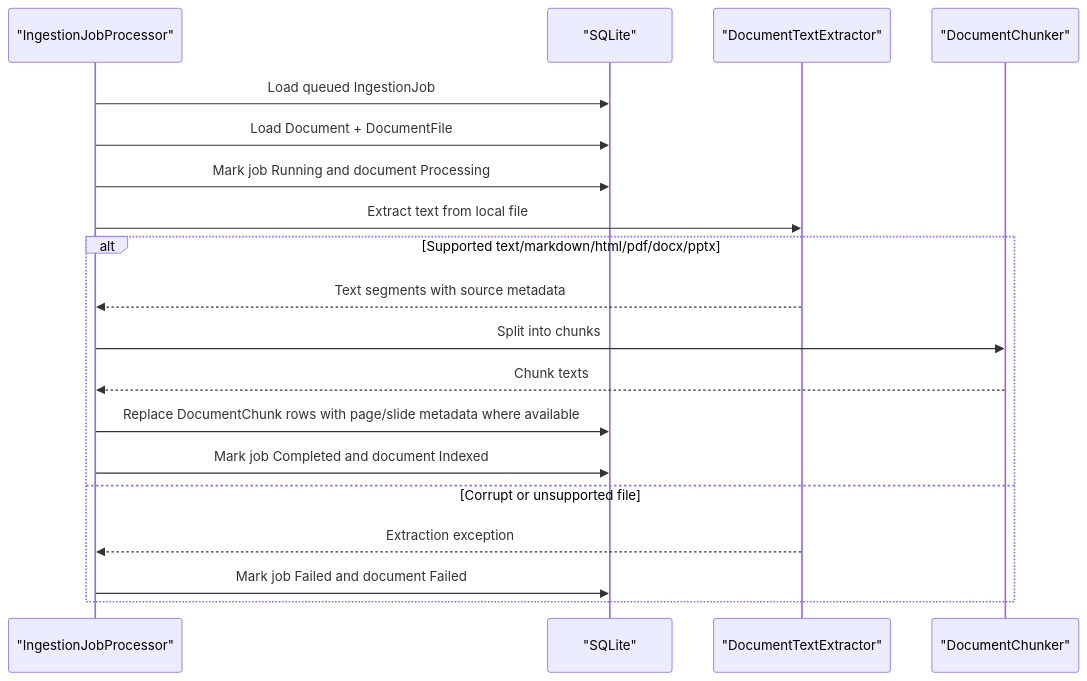
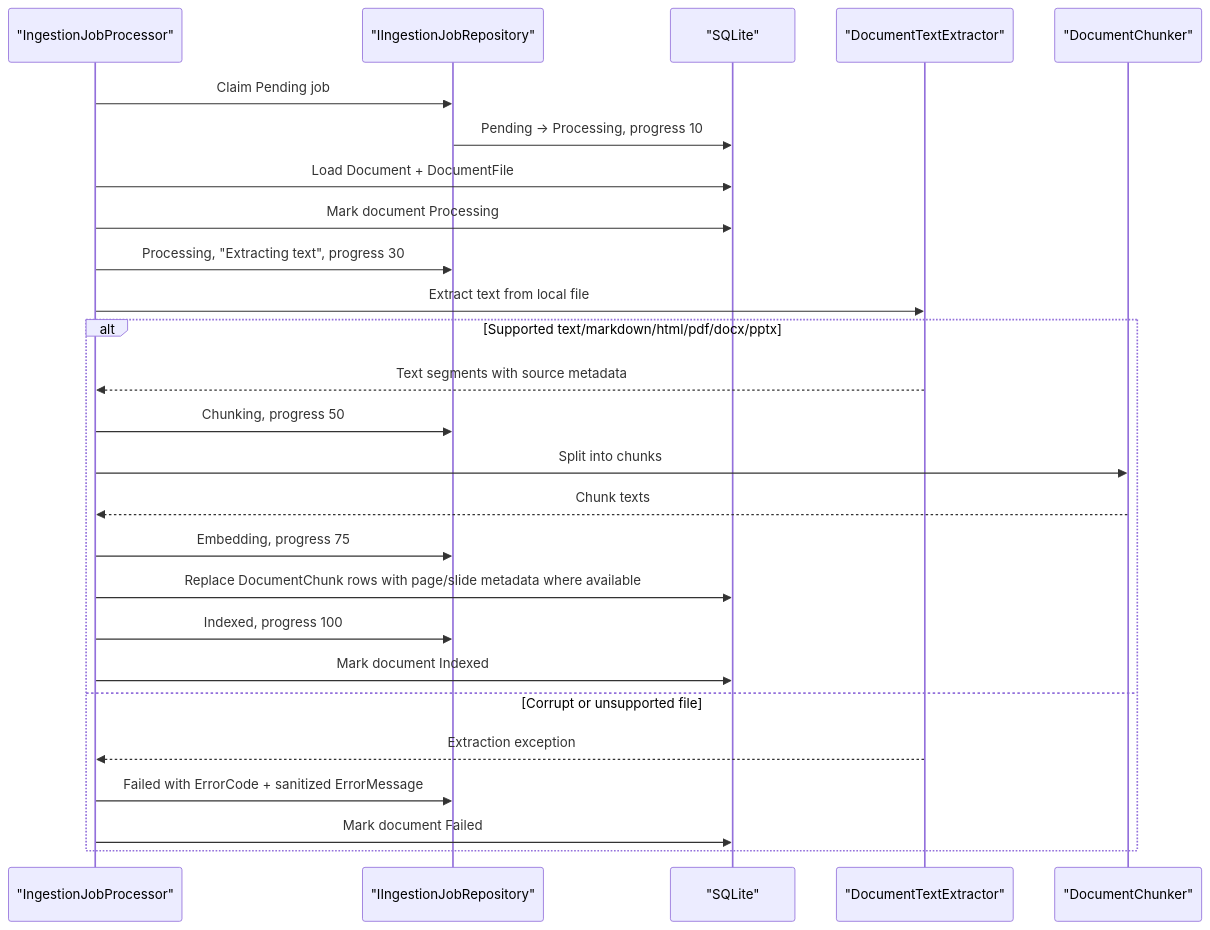
Before and after one commit to Ermolz69/localmind-rag: the third of 3 diagrams in docs/architecture/rag-pipeline.md, drawn with Mermaid. The commit also changed other lines of this file and 44 other files, not shown here.

Commit message:
feat: add ingestion job lifecycle (#40)

````diff
--- a/docs/architecture/rag-pipeline.md
+++ b/docs/architecture/rag-pipeline.md
@@ -64,22 +65,29 @@
 ```mermaid
 sequenceDiagram
     participant Processor as "IngestionJobProcessor"
+    participant Repo as "IIngestionJobRepository"
     participant DB as "SQLite"
     participant Extractor as "DocumentTextExtractor"
     participant Chunker as "DocumentChunker"
 
-    Processor->>DB: Load queued IngestionJob
+    Processor->>Repo: Claim Pending job
+    Repo->>DB: Pending -> Processing, progress 10
     Processor->>DB: Load Document + DocumentFile
-    Processor->>DB: Mark job Running and document Processing
+    Processor->>DB: Mark document Processing
+    Processor->>Repo: Processing, "Extracting text", progress 30
     Processor->>Extractor: Extract text from local file
     alt Supported text/markdown/html/pdf/docx/pptx
         Extractor-->>Processor: Text segments with source metadata
+        Processor->>Repo: Chunking, progress 50
         Processor->>Chunker: Split into chunks
         Chunker-->>Processor: Chunk texts
+        Processor->>Repo: Embedding, progress 75
         Processor->>DB: Replace DocumentChunk rows with page/slide metadata where available
-        Processor->>DB: Mark job Completed and document Indexed
+        Processor->>Repo: Indexed, progress 100
+        Processor->>DB: Mark document Indexed
     else Corrupt or unsupported file
         Extractor-->>Processor: Extraction exception
-        Processor->>DB: Mark job Failed and document Failed
+        Processor->>Repo: Failed with ErrorCode + sanitized ErrorMessage
+        Processor->>DB: Mark document Failed
     end
 ```
````
